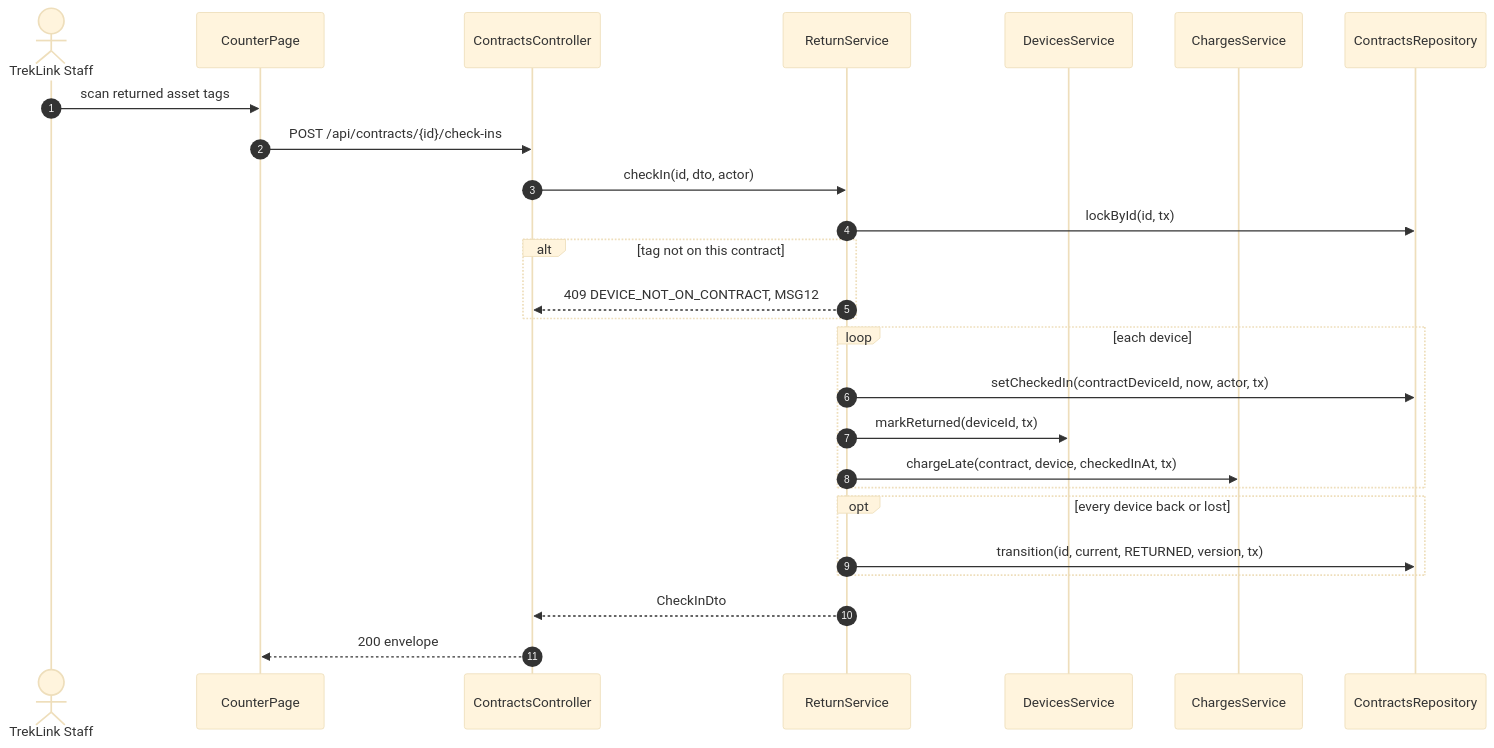
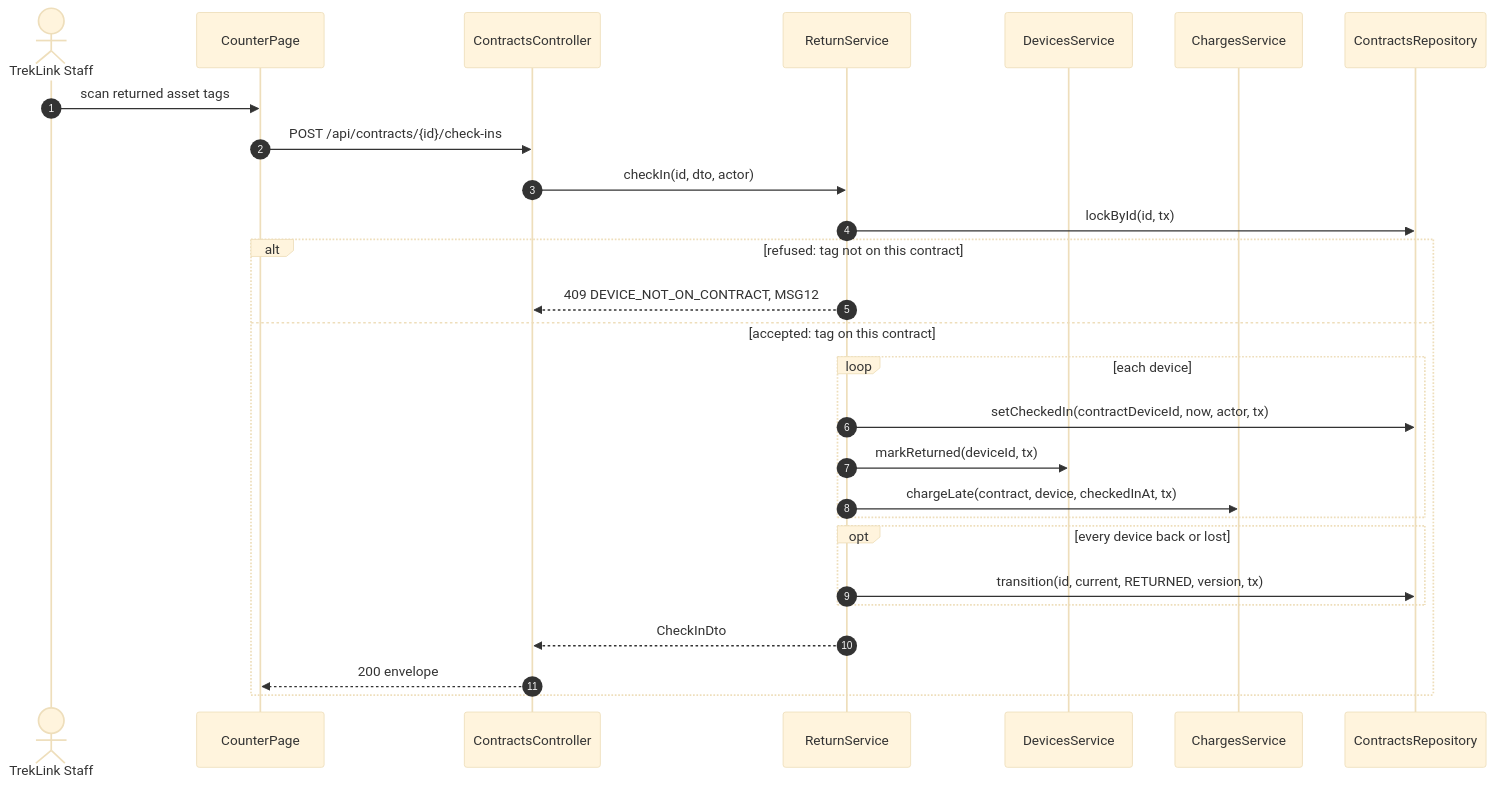
Before and after one commit to TrekLink-Team/treklink-web: the ninth of 11 diagrams in specs/rentals/design.md, drawn with Mermaid (base theme). The commit also changed other lines of this file and 39 other files, not shown here.

First line of the commit message:
docs: design periodic maintenance (D-047) and apply the SDD sequence conventions

````diff
--- a/specs/rentals/design.md
+++ b/specs/rentals/design.md
@@ -396,28 +399,29 @@
 ```mermaid
 sequenceDiagram
     autonumber
     actor St as TrekLink Staff
     participant P as CounterPage
     participant C as ContractsController
     participant S as ReturnService
     participant D as DevicesService
     participant Ch as ChargesService
     participant R as ContractsRepository
     St->>P: scan returned asset tags
     P->>C: POST /api/contracts/{id}/check-ins
     C->>S: checkIn(id, dto, actor)
     S->>R: lockById(id, tx)
-    alt tag not on this contract
+    alt refused: tag not on this contract
         S-->>C: 409 DEVICE_NOT_ON_CONTRACT, MSG12
+    else accepted: tag on this contract
+        loop each device
+            S->>R: setCheckedIn(contractDeviceId, now, actor, tx)
+            S->>D: markReturned(deviceId, tx)
+            S->>Ch: chargeLate(contract, device, checkedInAt, tx)
+        end
+        opt every device back or lost
+            S->>R: transition(id, current, RETURNED, version, tx)
+        end
+        S-->>C: CheckInDto
+        C-->>P: 200 envelope
     end
-    loop each device
-        S->>R: setCheckedIn(contractDeviceId, now, actor, tx)
-        S->>D: markReturned(deviceId, tx)
-        S->>Ch: chargeLate(contract, device, checkedInAt, tx)
-    end
-    opt every device back or lost
-        S->>R: transition(id, current, RETURNED, version, tx)
-    end
-    S-->>C: CheckInDto
-    C-->>P: 200 envelope
 ```
````
